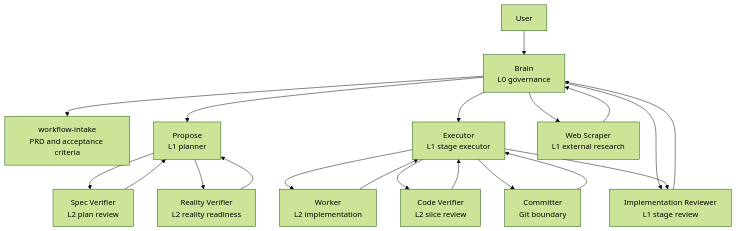
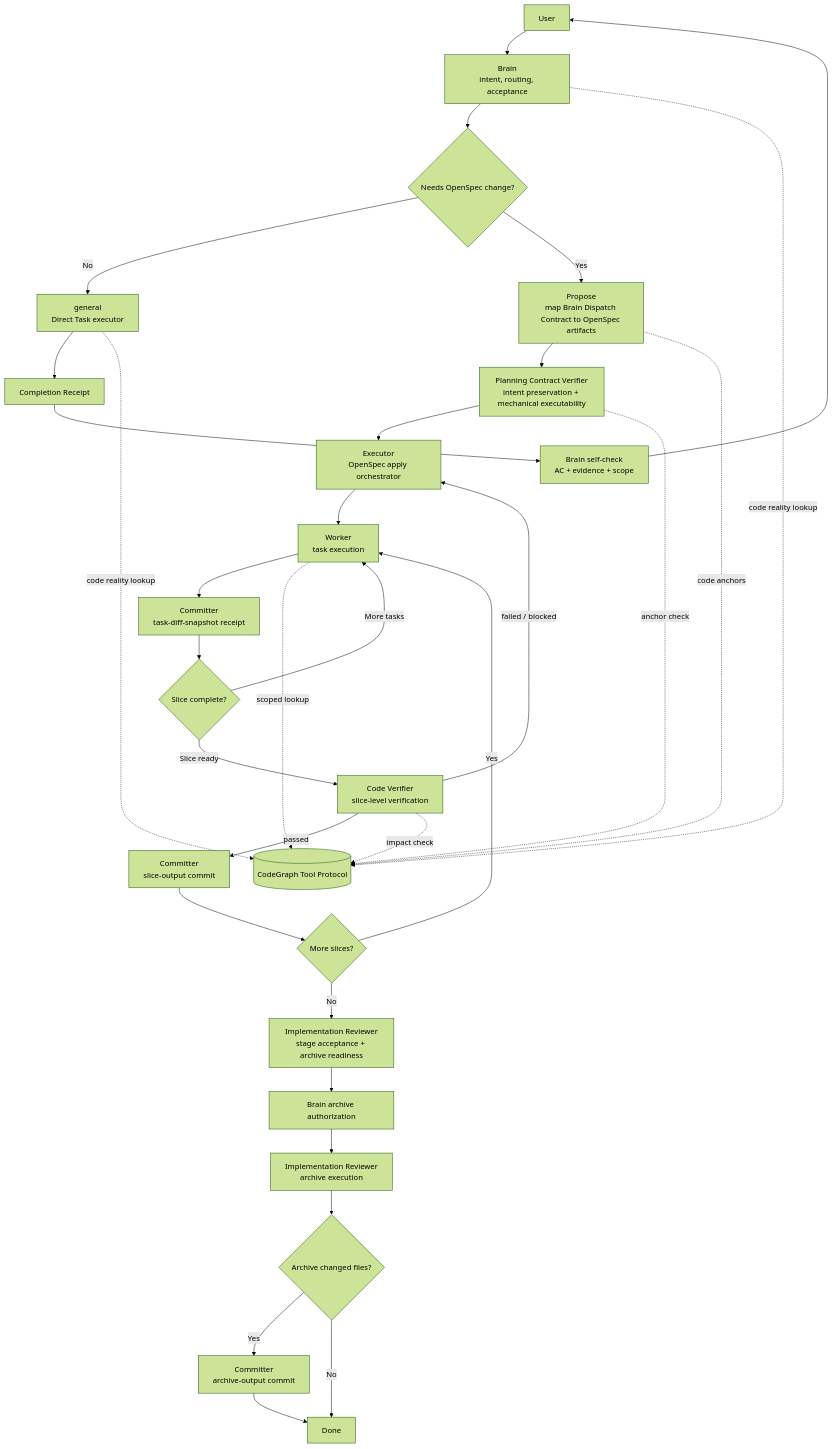
Before and after one commit to LZHcode1986/ProofLoop: the diagram in README.md, drawn with Mermaid (forest theme). The commit also changed other lines of this file and 33 other files, not shown here.

Commit message:
chore: complete v3.3 rectification - remove deprecated agents, add planning-contract-verifier and codegraph-tool-protocol

````diff
--- a/README.md
+++ b/README.md
@@ -85,24 +26,42 @@
 ```mermaid
 flowchart TD
-		U[User] --> B[Brain\nL0 governance]
-		B --> I[workflow-intake\nPRD and acceptance criteria]
-		B --> P[Propose\nL1 planner]
-		B --> X[Executor\nL1 stage executor]
-		B --> W[Web Scraper\nL1 external research]
-		B --> R[Implementation Reviewer\nL1 stage review]
+    U[User] --> B[Brain\nintent, routing, acceptance]
 
-		P --> SV[Spec Verifier\nL2 plan review]
-		P --> RV[Reality Verifier\nL2 reality readiness]
-		X --> WK[Worker\nL2 implementation]
-		X --> CV[Code Verifier\nL2 slice review]
-		X --> CM[Committer\nGit boundary]
+    B --> D{Needs OpenSpec change?}
 
-		W --> B
-		SV --> P
-		RV --> P
-		WK --> X
-		CV --> X
-		CM --> X
-		X --> R
-		R --> B
+    D -- No --> G[general\nDirect Task executor]
+    G --> GR[Completion Receipt]
+    GR --> BS[Brain self-check\nAC + evidence + scope]
+    BS --> U
+
+    D -- Yes --> P[Propose\nmap Brain Dispatch Contract to OpenSpec artifacts]
+    P --> PCV[Planning Contract Verifier\nintent preservation + mechanical executability]
+    PCV --> X[Executor\nOpenSpec apply orchestrator]
+
+    X --> W[Worker\ntask execution]
+    W --> TDS[Committer\ntask-diff-snapshot receipt]
+    TDS --> SG{Slice complete?}
+    SG -- More tasks --> W
+    SG -- Slice ready --> CV[Code Verifier\nslice-level verification]
+
+    CV -- failed / blocked --> X
+    CV -- passed --> SC[Committer\nslice-output commit]
+    SC --> NS{More slices?}
+    NS -- Yes --> W
+    NS -- No --> IR[Implementation Reviewer\nstage acceptance + archive readiness]
+
+    IR --> BA[Brain archive authorization]
+    BA --> AE[Implementation Reviewer\narchive execution]
+    AE --> AO{Archive changed files?}
+    AO -- Yes --> AC[Committer\narchive-output commit]
+    AO -- No --> DONE[Done]
+    AC --> DONE
+
+    CG[(CodeGraph Tool Protocol)]
+    B -. code reality lookup .-> CG
+    G -. code reality lookup .-> CG
+    P -. code anchors .-> CG
+    PCV -. anchor check .-> CG
+    W -. scoped lookup .-> CG
+    CV -. impact check .-> CG
 ```
````
